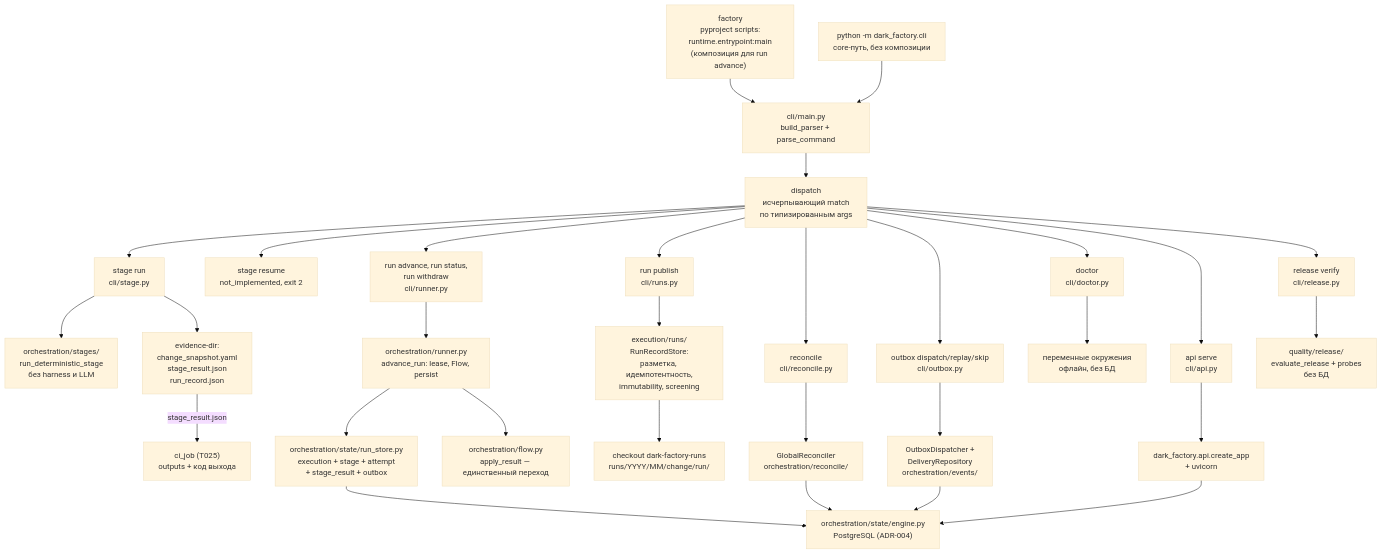
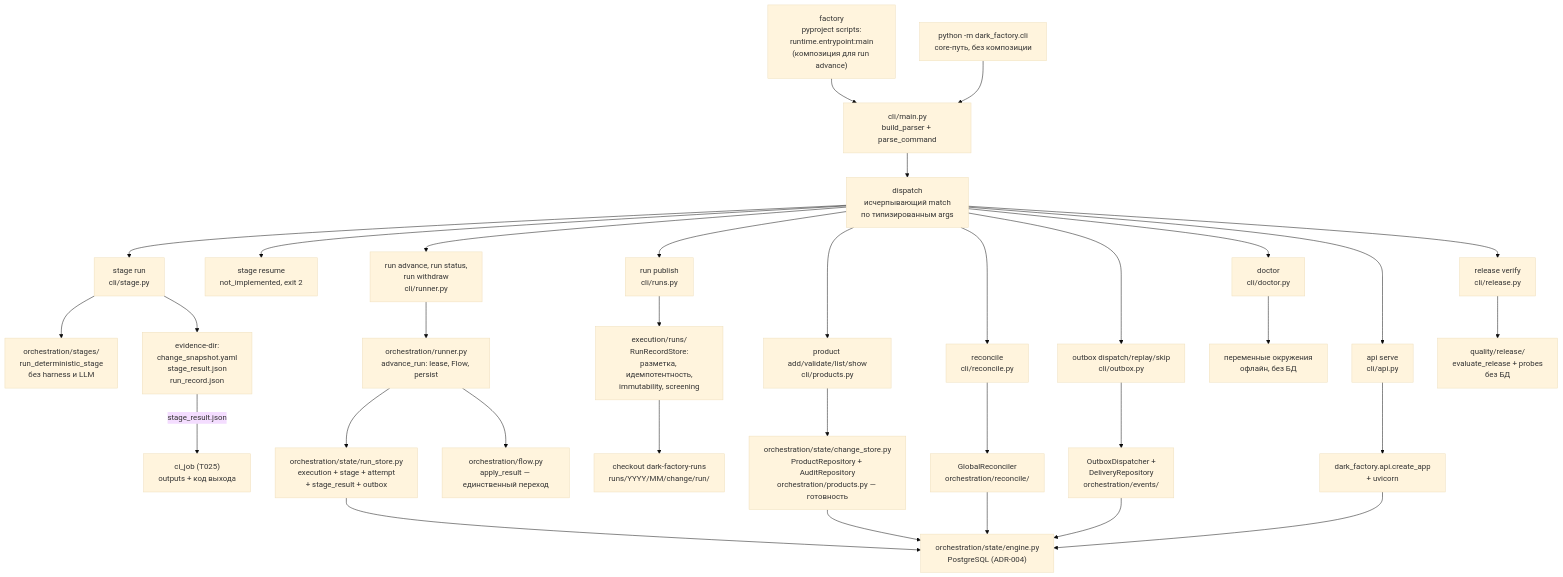
Before and after one commit to vadagama/dark-factory-mvp: the first of 3 diagrams in docs/descriptions/cli.md, drawn with Mermaid (base theme). The commit also changed other lines of this file and 17 other files, not shown here.

First line of the commit message:
feat(t070): factory product add|validate|list|show on the shared readiness rule

````diff
--- a/docs/descriptions/cli.md
+++ b/docs/descriptions/cli.md
@@ -32,32 +33,35 @@
 ```mermaid
 flowchart TD
     ENTRY["factory\npyproject scripts:\nruntime.entrypoint:main\n(композиция для run advance)"] --> P["cli/main.py\nbuild_parser + parse_command"]
     CORE["python -m dark_factory.cli\ncore-путь, без композиции"] --> P
     P --> D["dispatch\nисчерпывающий match\nпо типизированным args"]
     D --> SR["stage run\ncli/stage.py"]
     D --> STUB["stage resume\nnot_implemented, exit 2"]
     D --> ADV["run advance, run status,\nrun withdraw\ncli/runner.py"]
     D --> PUB["run publish\ncli/runs.py"]
+    D --> PRD["product add/validate/list/show\ncli/products.py"]
     D --> REC["reconcile\ncli/reconcile.py"]
     D --> OUT["outbox dispatch/replay/skip\ncli/outbox.py"]
     D --> DOC["doctor\ncli/doctor.py"]
     D --> APIS["api serve\ncli/api.py"]
     D --> REL["release verify\ncli/release.py"]
     SR --> EX["orchestration/stages/\nrun_deterministic_stage\nбез harness и LLM"]
     SR --> EV["evidence-dir:\nchange_snapshot.yaml\nstage_result.json\nrun_record.json"]
     EV -->|"stage_result.json"| CIJ["ci_job (T025)\noutputs + код выхода"]
     REC --> SVC["GlobalReconciler\norchestration/reconcile/"]
     OUT --> DISP["OutboxDispatcher +\nDeliveryRepository\norchestration/events/"]
     APIS --> APP["dark_factory.api.create_app\n+ uvicorn"]
     REL --> QREL["quality/release/\nevaluate_release + probes\nбез БД"]
     PUB --> RUNS["execution/runs/\nRunRecordStore:\nразметка, идемпотентность,\nimmutability, screening"]
     RUNS --> RUNREPO["checkout dark-factory-runs\nruns/YYYY/MM/change/run/"]
     SVC --> PG["orchestration/state/engine.py\nPostgreSQL (ADR-004)"]
     DISP --> PG
     APP --> PG
     ADV --> RUNNER["orchestration/runner.py\nadvance_run: lease, Flow, persist"]
     RUNNER --> RSTORE["orchestration/state/run_store.py\nexecution + stage + attempt\n+ stage_result + outbox"]
     RUNNER --> FLOWD["orchestration/flow.py\napply_result — единственный переход"]
     RSTORE --> PG
+    PRD --> PSTORE["orchestration/state/change_store.py\nProductRepository + AuditRepository\norchestration/products.py — готовность"]
+    PSTORE --> PG
     DOC --> ENV["переменные окружения\nофлайн, без БД"]
 ```
````
